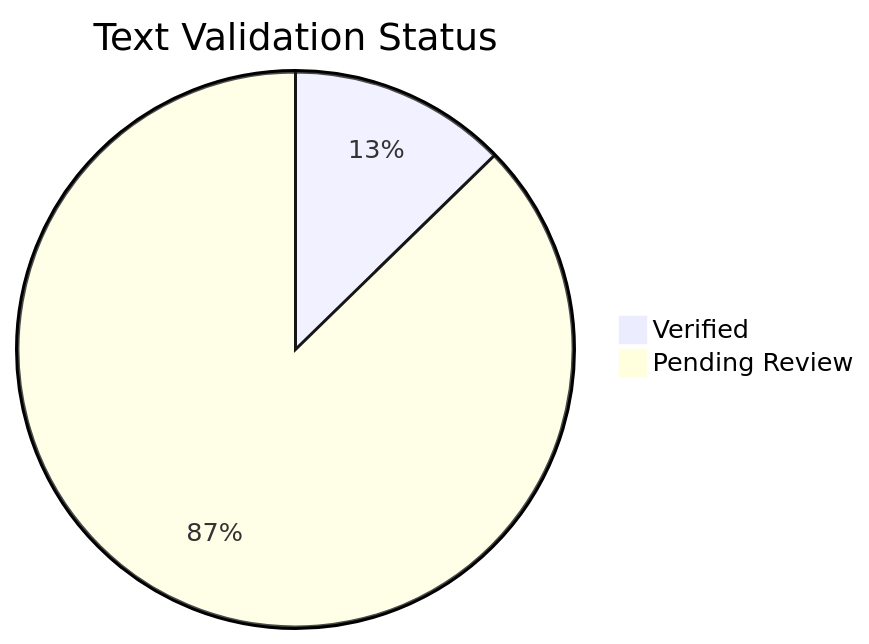
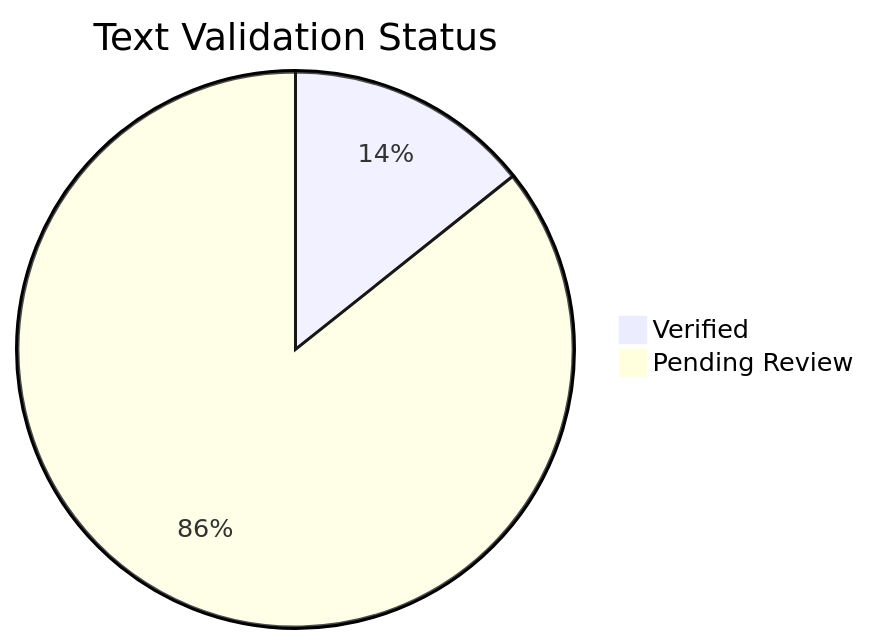
Before and after one commit to yeongseon/azure-kubernetes-service-practical-guide: the diagram in docs/reference/content-validation-status.md, drawn with Mermaid. The commit also changed other lines of this file, not shown here.

````diff
--- a/docs/reference/content-validation-status.md
+++ b/docs/reference/content-validation-status.md
@@ -55,5 +46,5 @@
 ```mermaid
 pie title Text Validation Status
-    "Verified" : 8
-    "Pending Review" : 55
+    "Verified" : 9
+    "Pending Review" : 54
 ```
````
